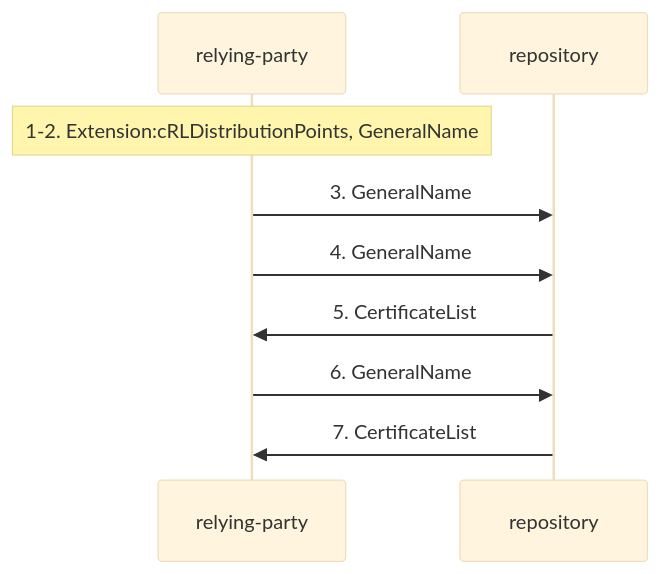
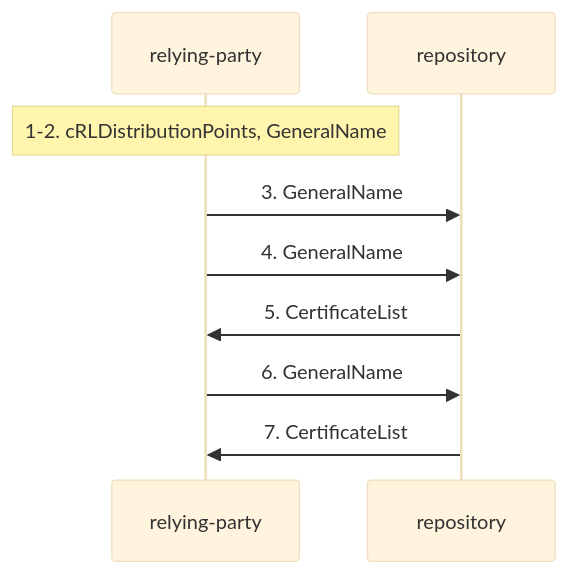
Before and after one commit to m-of-n/library: the fifth of 15 diagrams in records/ietf/rfc-5280/distilled/protocol.md, drawn with Mermaid (base theme). The commit also changed other lines of this file and 7 other files, not shown here.

````diff
--- a/records/ietf/rfc-5280/distilled/protocol.md
+++ b/records/ietf/rfc-5280/distilled/protocol.md
@@ -212,11 +212,11 @@
 ```mermaid
 sequenceDiagram
   participant relying_party as relying-party
   participant repository as repository
-  Note over relying_party: 1-2. Extension:cRLDistributionPoints, GeneralName
+  Note over relying_party: 1-2. cRLDistributionPoints, GeneralName
   relying_party->>repository: 3. GeneralName
   relying_party->>repository: 4. GeneralName
   repository->>relying_party: 5. CertificateList
   relying_party->>repository: 6. GeneralName
   repository->>relying_party: 7. CertificateList
 ```
````
